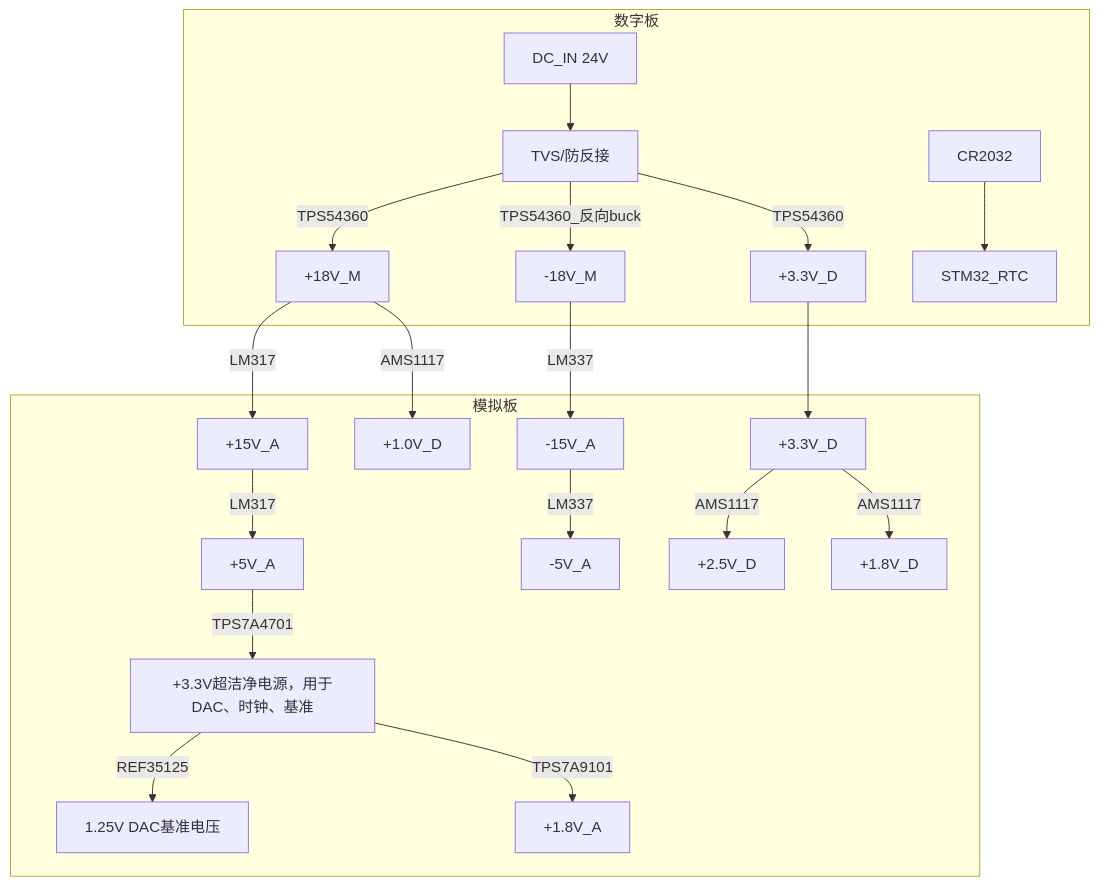
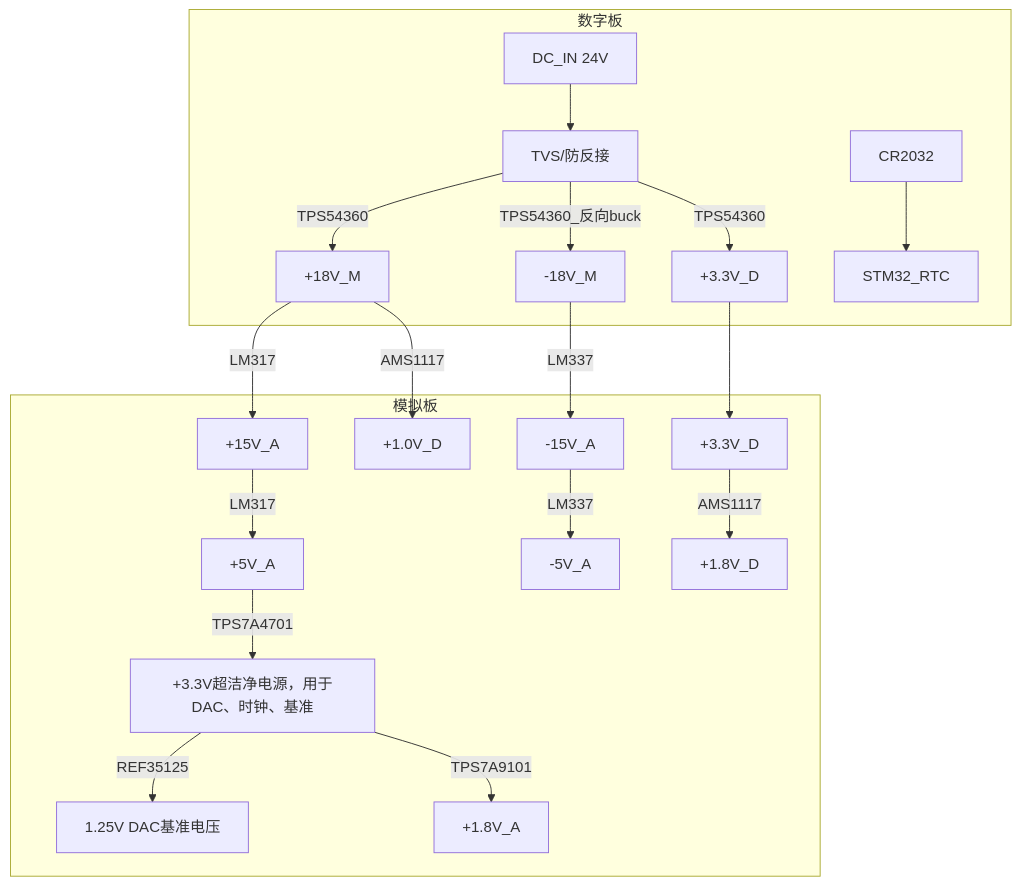
Before and after one commit to EERNINUO/ArbWave30: the diagram in docs/硬件架构文档.md, drawn with Mermaid. The commit also changed other lines of this file and 2 other files, not shown here.

````diff
--- a/docs/硬件架构文档.md
+++ b/docs/硬件架构文档.md
@@ -97,28 +97,27 @@
 ```mermaid
 graph TD
   subgraph 数字板
   Vin[DC_IN 24V] --> TVS[TVS/防反接]
 
   TVS -->|TPS54360| +18V_M[+18V_M]
   TVS -->|TPS54360_反向buck| -18V_M[-18V_M]
   TVS -->|TPS54360| +3.3V_D[+3.3V_D]
     +3.3V_D[+3.3V_D]
 
     +3.0V_RTC[CR2032] --> STM32_RTC
   end
 
   subgraph 模拟板
     +18V_M -->|LM317| +15V_A[+15V_A]
     -18V_M -->|LM337| -15V_A[-15V_A]
     +15V_A -->|LM317| +5V_A[+5V_A]
     -15V_A -->|LM337| -5V_A[-5V_A]
     +5V_A -->|TPS7A4701| +3.3V_A[+3.3V超洁净电源，用于DAC、时钟、基准]
     +3.3V_A -->|REF35125| 1.25[1.25V DAC基准电压]
     +3.3V_A -->|TPS7A9101| +1.8V_A[+1.8V_A]
 
     +3.3V_D --> +3.3V_D_on_A_board[+3.3V_D]
-    +3.3V_D_on_A_board -->|AMS1117| +2.5V_D[+2.5V_D]
     +3.3V_D_on_A_board -->|AMS1117| +1.8V_D[+1.8V_D]
     +18V_M -->|AMS1117| +1.0V_D[+1.0V_D]
   end
 ```
````
